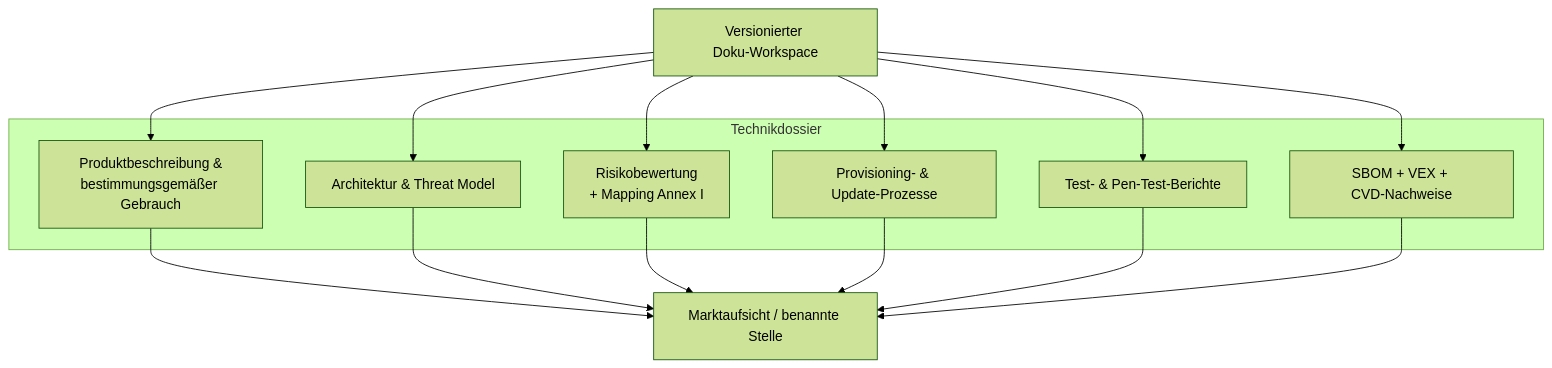
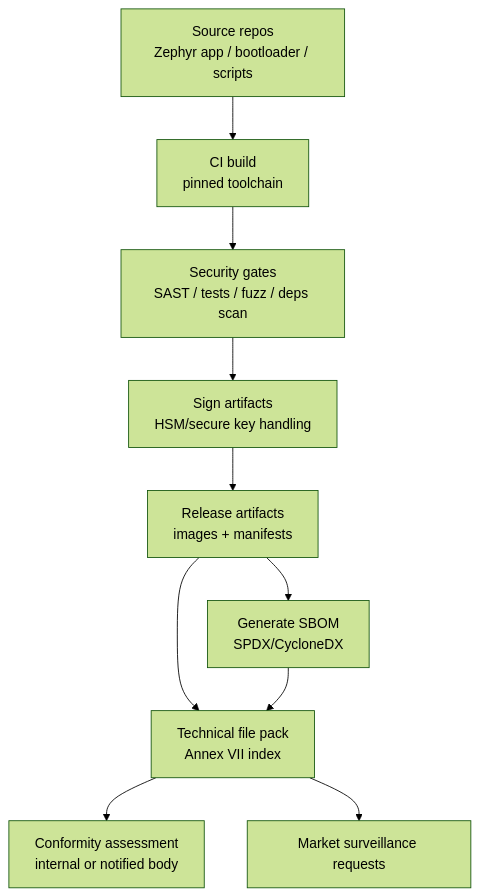
One commit to Ac6Embedded/apollo-docs changed the first of 3 diagrams in i18n/de/docusaurus-plugin-content-docs/current/security/cra/documentation-and-sbom.md. Above: the diagram before and after it, drawn with Mermaid (forest theme). The commit also changed other lines of this file and 16 other files, not shown here.

````diff
--- a/i18n/de/docusaurus-plugin-content-docs/current/security/cra/documentation-and-sbom.md
+++ b/i18n/de/docusaurus-plugin-content-docs/current/security/cra/documentation-and-sbom.md
@@ -22,23 +47,12 @@
 ```mermaid
 flowchart TD
-    subgraph Technical File[Technikdossier]
-        desc[Produktbeschreibung &<br/>bestimmungsgemäßer Gebrauch]
-        arch[Architektur & Threat Model]
-        risk[Risikobewertung<br/>+ Mapping Annex I]
-        prod[Provisioning- & Update‑Prozesse]
-        tests[Test- & Pen‑Test‑Berichte]
-        sbom[SBOM + VEX + CVD‑Nachweise]
-    end
-    repo[Versionierter Doku‑Workspace] --> desc
-    repo --> arch
-    repo --> risk
-    repo --> prod
-    repo --> tests
-    repo --> sbom
-    desc --> Auditor[Marktaufsicht / benannte Stelle]
-    arch --> Auditor
-    risk --> Auditor
-    prod --> Auditor
-    tests --> Auditor
-    sbom --> Auditor
+  A[Source repos<br/>Zephyr app / bootloader / scripts] --> B[CI build<br/>pinned toolchain]
+  B --> C[Security gates<br/>SAST / tests / fuzz / deps scan]
+  C --> D[Sign artifacts<br/>HSM/secure key handling]
+  D --> E[Release artifacts<br/>images + manifests]
+  E --> F[Generate SBOM<br/>SPDX/CycloneDX]
+  E --> G[Technical file pack<br/>Annex VII index]
+  F --> G
+  G --> H[Conformity assessment<br/>internal or notified body]
+  G --> I[Market surveillance requests]
 ```
````
